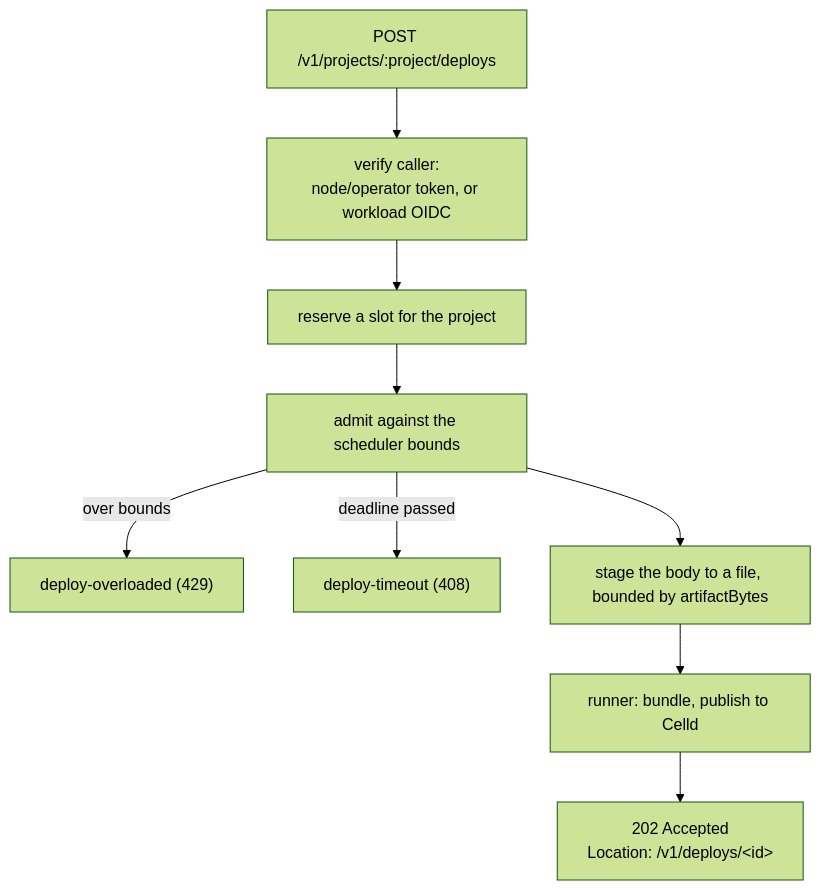
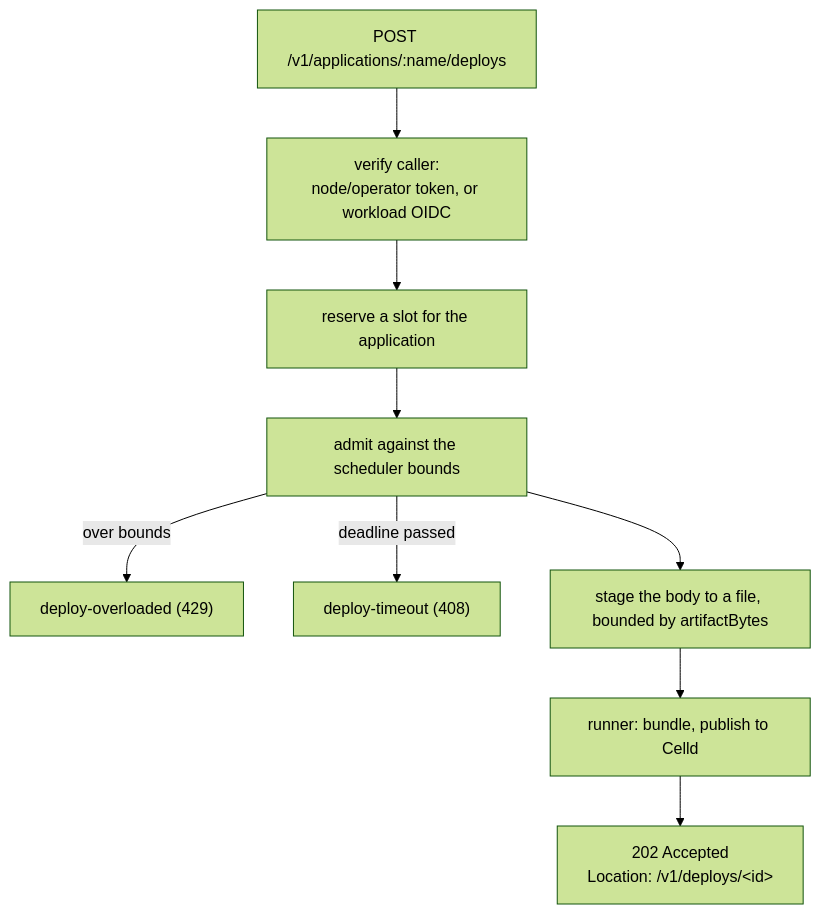
One commit to sandros94/scafo-docs changed the diagram in 1.docs/20.deploying.md. Above: the diagram before and after it, drawn with Mermaid (forest theme). The commit also changed other lines of this file and 36 other files, not shown here.

````diff
--- a/1.docs/20.deploying.md
+++ b/1.docs/20.deploying.md
@@ -50,11 +107,11 @@
 ```mermaid
 flowchart TD
-  up["POST /v1/projects/:project/deploys"] --> auth["verify caller:<br/>node/operator token, or workload OIDC"]
-  auth --> reserve["reserve a slot for the project"]
+  up["POST /v1/applications/:name/deploys"] --> auth["verify caller:<br/>node/operator token, or workload OIDC"]
+  auth --> reserve["reserve a slot for the application"]
   reserve --> admit["admit against the scheduler bounds"]
   admit -->|"over bounds"| over["deploy-overloaded (429)"]
   admit -->|"deadline passed"| late["deploy-timeout (408)"]
   admit --> stage["stage the body to a file, bounded by artifactBytes"]
   stage --> run["runner: bundle, publish to Celld"]
   run --> ok["202 Accepted<br/>Location: /v1/deploys/&lt;id&gt;"]
 ```
````
